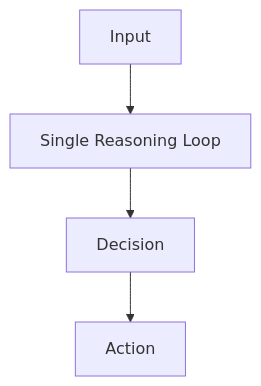
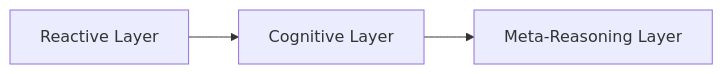
Before and after one commit to m-rizqinovniari/agentic-handbook: the third of 4 diagrams in docusaurus/docs/part-2/chapter-5.md, drawn with Mermaid. The commit also changed other lines of this file and 19 other files, not shown here.

````diff
--- a/docusaurus/docs/part-2/chapter-5.md
+++ b/docusaurus/docs/part-2/chapter-5.md
@@ -68,6 +199,5 @@
 ```mermaid
-flowchart TD
-    A[Input] --> B[Single Reasoning Loop]
-    B --> C[Decision]
-    C --> D[Action]
+graph LR
+    Layer1[Reactive Layer] --> Layer2[Cognitive Layer]
+    Layer2 --> Layer3[Meta-Reasoning Layer]
 ```
````
